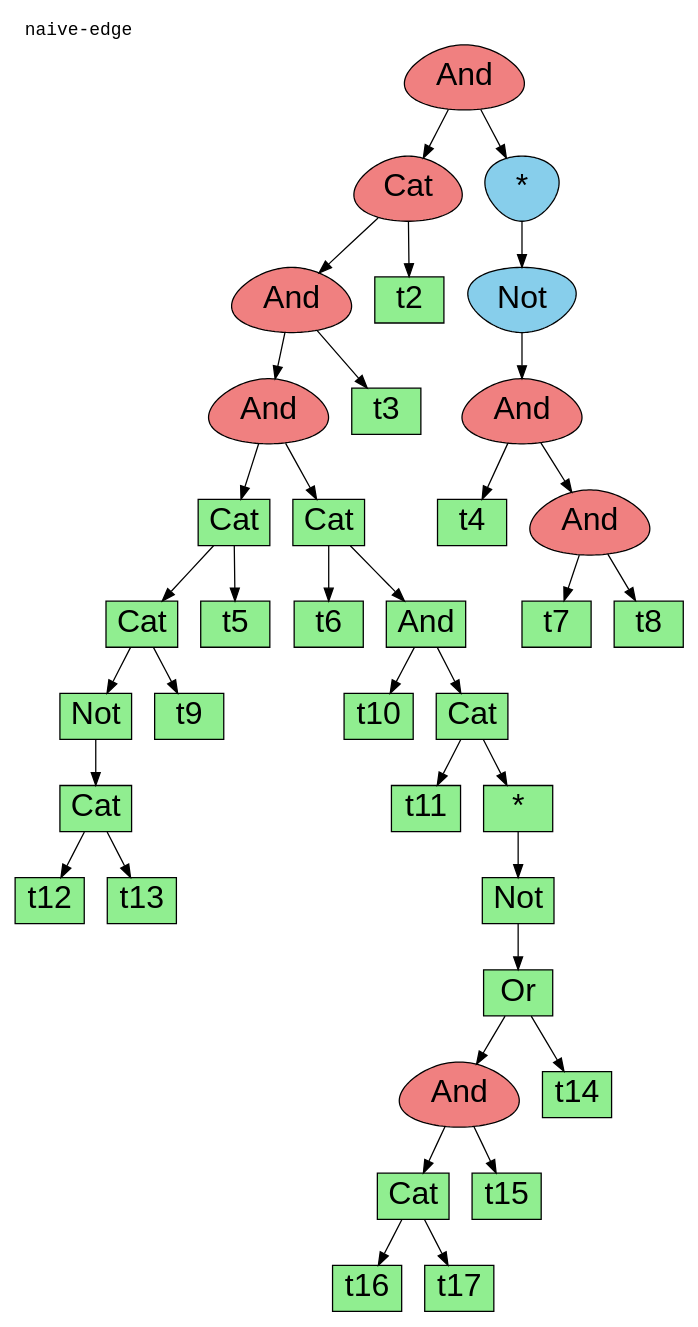
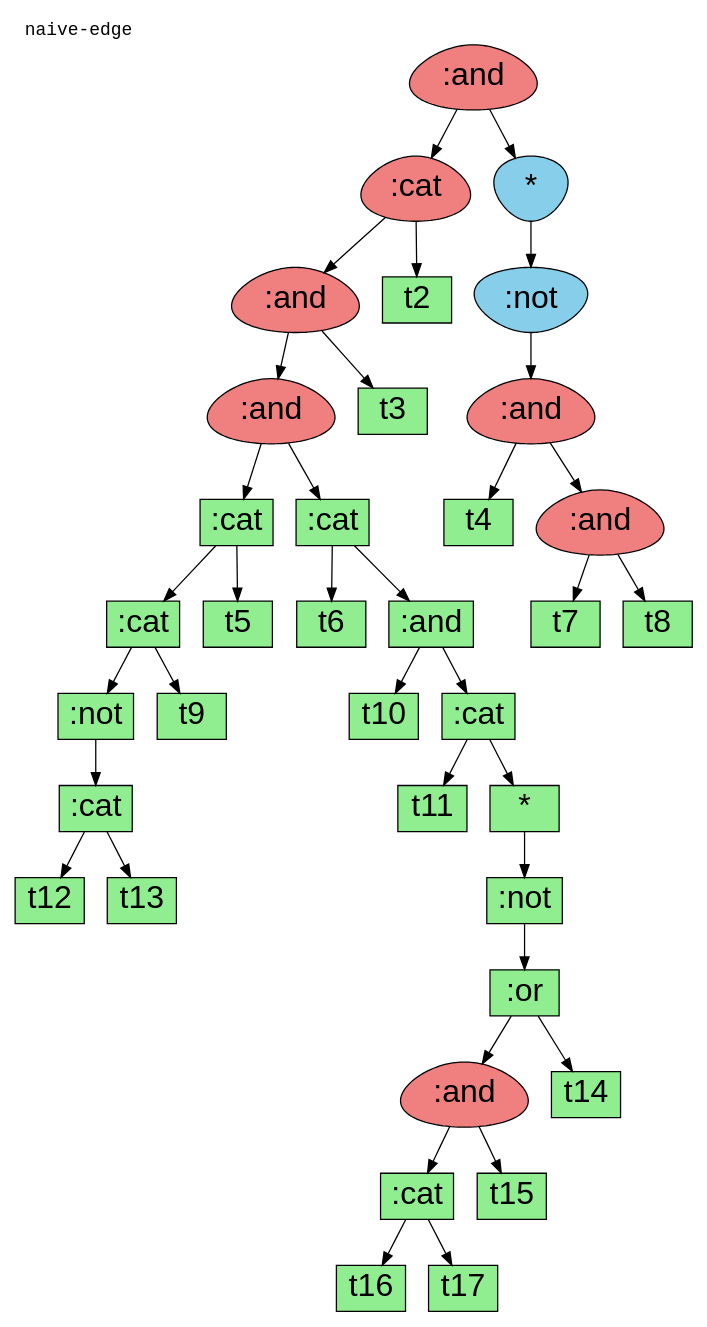
One commit to jimka2001/clojure-rte changed the diagram in doc/clojure.conj/2025/dots/rte-naive-edge.dot. Above: the diagram before and after it, drawn with Graphviz. The commit also changed 17 other files, not shown here.

```diff
--- a/doc/clojure.conj/2025/dots/rte-naive-edge.dot
+++ b/doc/clojure.conj/2025/dots/rte-naive-edge.dot
@@ -1,79 +1,79 @@
 digraph G {
   fontname=courier;
   rankdir=TB; graph[labeljust=l,nojustify=true]
   node [fontname=Arial, fontsize=25];
   edge [fontsize=20];
-R0 [label="And", style=filled, fillcolor=lightcoral, shape=egg]
-R1 [label="Cat", style=filled, fillcolor=lightcoral, shape=egg]
+R0 [label=":and", style=filled, fillcolor=lightcoral, shape=egg]
+R1 [label=":cat", style=filled, fillcolor=lightcoral, shape=egg]
 R2 [label="*", style=filled, fillcolor=skyblue, shape=egg, orientation=180]
-R3 [label="And", style=filled, fillcolor=lightcoral, shape=egg]
+R3 [label=":and", style=filled, fillcolor=lightcoral, shape=egg]
 R4 [label="t2", style=filled, fillcolor=lightgreen, shape=rect]
-R5 [label="Not", style=filled, fillcolor=skyblue, shape=egg, orientation=180]
-R6 [label="And", style=filled, fillcolor=lightcoral, shape=egg]
+R5 [label=":not", style=filled, fillcolor=skyblue, shape=egg, orientation=180]
+R6 [label=":and", style=filled, fillcolor=lightcoral, shape=egg]
 R7 [label="t3", style=filled, fillcolor=lightgreen, shape=rect]
-R8 [label="And", style=filled, fillcolor=lightcoral, shape=egg]
-R9 [label="Cat", style=filled, fillcolor=lightgreen, shape=rect]
-R10 [label="Cat", style=filled, fillcolor=lightgreen, shape=rect]
+R8 [label=":and", style=filled, fillcolor=lightcoral, shape=egg]
+R9 [label=":cat", style=filled, fillcolor=lightgreen, shape=rect]
+R10 [label=":cat", style=filled, fillcolor=lightgreen, shape=rect]
 R11 [label="t4", style=filled, fillcolor=lightgreen, shape=rect]
-R12 [label="And", style=filled, fillcolor=lightcoral, shape=egg]
-R13 [label="Cat", style=filled, fillcolor=lightgreen, shape=rect]
+R12 [label=":and", style=filled, fillcolor=lightcoral, shape=egg]
+R13 [label=":cat", style=filled, fillcolor=lightgreen, shape=rect]
 R14 [label="t5", style=filled, fillcolor=lightgreen, shape=rect]
 R15 [label="t6", style=filled, fillcolor=lightgreen, shape=rect]
-R16 [label="And", style=filled, fillcolor=lightgreen, shape=rect]
+R16 [label=":and", style=filled, fillcolor=lightgreen, shape=rect]
 R17 [label="t7", style=filled, fillcolor=lightgreen, shape=rect]
 R18 [label="t8", style=filled, fillcolor=lightgreen, shape=rect]
-R19 [label="Not", style=filled, fillcolor=lightgreen, shape=rect]
+R19 [label=":not", style=filled, fillcolor=lightgreen, shape=rect]
 R20 [label="t9", style=filled, fillcolor=lightgreen, shape=rect]
 R21 [label="t10", style=filled, fillcolor=lightgreen, shape=rect]
-R22 [label="Cat", style=filled, fillcolor=lightgreen, shape=rect]
-R23 [label="Cat", style=filled, fillcolor=lightgreen, shape=rect]
+R22 [label=":cat", style=filled, fillcolor=lightgreen, shape=rect]
+R23 [label=":cat", style=filled, fillcolor=lightgreen, shape=rect]
 R24 [label="t11", style=filled, fillcolor=lightgreen, shape=rect]
 R25 [label="*", style=filled, fillcolor=lightgreen, shape=rect]
 R26 [label="t12", style=filled, fillcolor=lightgreen, shape=rect]
 R27 [label="t13", style=filled, fillcolor=lightgreen, shape=rect]
-R28 [label="Not", style=filled, fillcolor=lightgreen, shape=rect]
-R29 [label="Or", style=filled, fillcolor=lightgreen, shape=rect]
-R30 [label="And", style=filled, fillcolor=lightcoral, shape=egg]
+R28 [label=":not", style=filled, fillcolor=lightgreen, shape=rect]
+R29 [label=":or", style=filled, fillcolor=lightgreen, shape=rect]
+R30 [label=":and", style=filled, fillcolor=lightcoral, shape=egg]
 R31 [label="t14", style=filled, fillcolor=lightgreen, shape=rect]
-R32 [label="Cat", style=filled, fillcolor=lightgreen, shape=rect]
+R32 [label=":cat", style=filled, fillcolor=lightgreen, shape=rect]
 R33 [label="t15", style=filled, fillcolor=lightgreen, shape=rect]
 R34 [label="t16", style=filled, fillcolor=lightgreen, shape=rect]
 R35 [label="t17", style=filled, fillcolor=lightgreen, shape=rect]
 R0 -> R1
 R0 -> R2
 R1 -> R3
 R1 -> R4
 R2 -> R5
 R3 -> R6
 R3 -> R7
 R5 -> R8
 R6 -> R9
 R6 -> R10
 R8 -> R11
 R8 -> R12
 R9 -> R13
 R9 -> R14
 R10 -> R15
 R10 -> R16
 R12 -> R17
 R12 -> R18
 R13 -> R19
 R13 -> R20
 R16 -> R21
 R16 -> R22
 R19 -> R23
 R22 -> R24
 R22 -> R25
 R23 -> R26
 R23 -> R27
 R25 -> R28
 R28 -> R29
 R29 -> R30
 R29 -> R31
 R30 -> R32
 R30 -> R33
 R32 -> R34
 R32 -> R35
   labelloc="t";
   label="naive-edge"
 }
```
